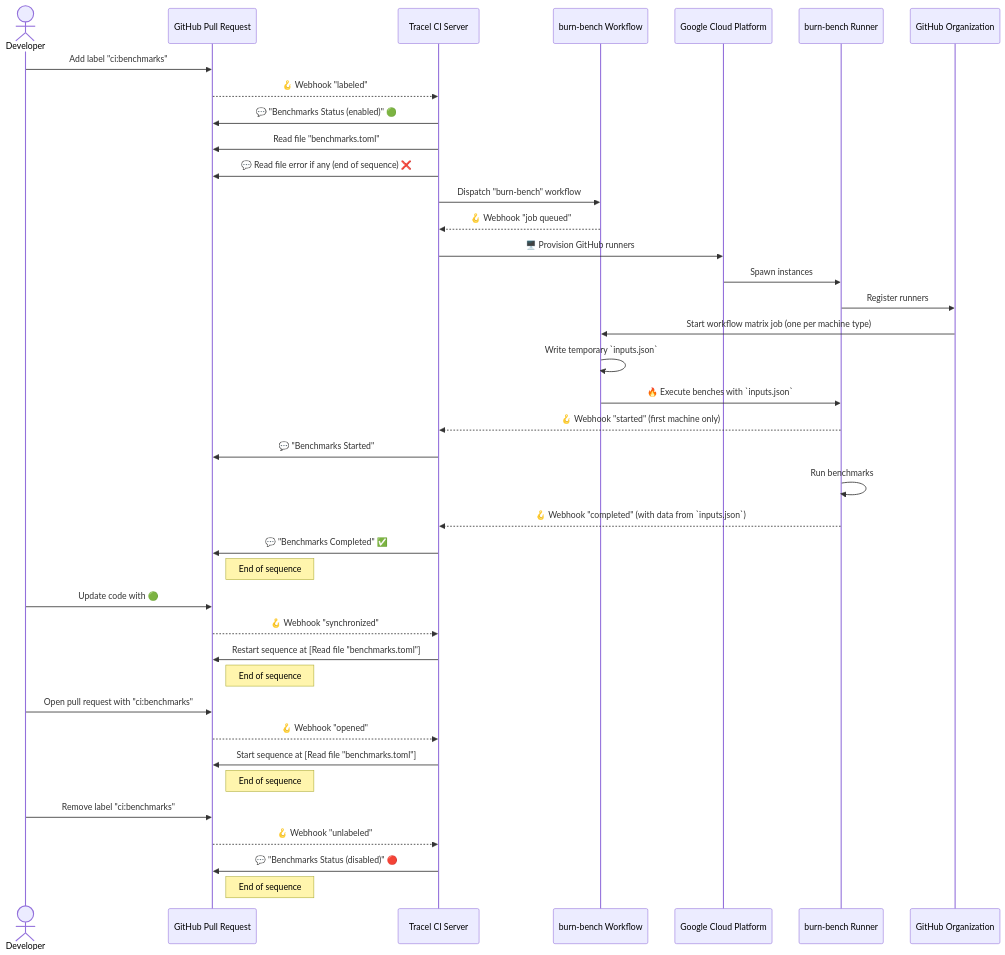
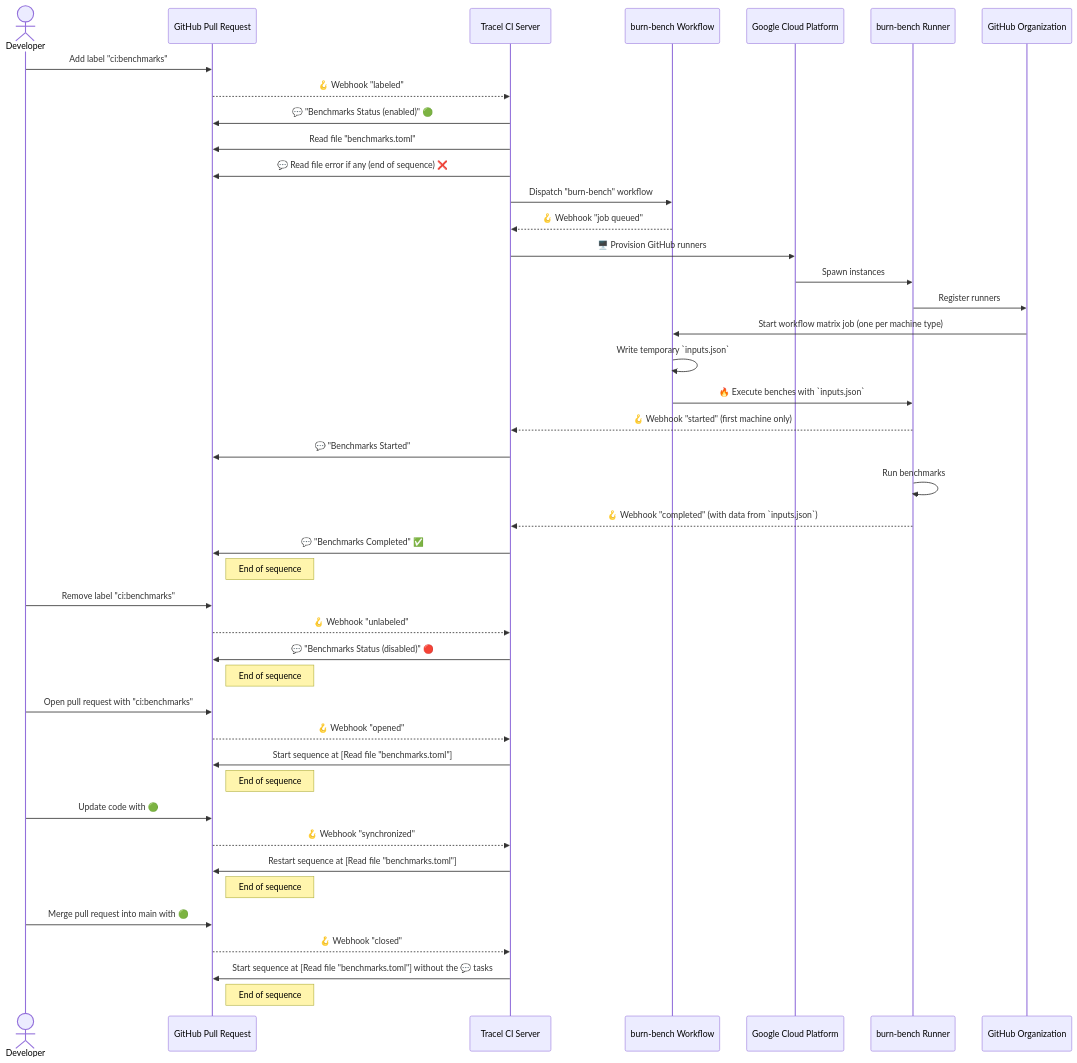
The diagram in README.md (tracel-ai/burn-bench), drawn with Mermaid before and after one commit.

Commit message:
Update sequence diagram with merge into main use case

````diff
--- a/README.md
+++ b/README.md
@@ -106,45 +106,50 @@
 ```mermaid
 sequenceDiagram
     actor Developer
     participant PR as GitHub Pull Request
     participant CI as Tracel CI Server
     participant W as burn-bench Workflow
     participant GCP as Google Cloud Platform
     participant BB as burn-bench Runner
     participant ORG as GitHub Organization
 
     Developer->>PR: Add label "ci:benchmarks"
     PR-->>CI: 🪝 Webhook "labeled"
     CI->>PR: 💬 "Benchmarks Status (enabled)" 🟢
     CI->>PR: Read file "benchmarks.toml"
     CI->>PR: 💬 Read file error if any (end of sequence) ❌
     CI->>W: Dispatch "burn-bench" workflow
     W-->>CI: 🪝 Webhook "job queued"
     CI->>GCP: 🖥️ Provision GitHub runners
     GCP->>BB: Spawn instances
     BB->>ORG: Register runners
     ORG->>W: Start workflow matrix job (one per machine type)
     W->>W: Write temporary `inputs.json`
     W->>BB: 🔥 Execute benches with `inputs.json`
     BB-->>CI: 🪝 Webhook "started" (first machine only)
     CI->>PR: 💬 "Benchmarks Started"
     BB->>BB: Run benchmarks
     BB-->>CI: 🪝 Webhook "completed" (with data from `inputs.json`)
     CI->>PR: 💬 "Benchmarks Completed" ✅
     Note right of PR: End of sequence
 
-    Developer->>PR: Update code with 🟢
-    PR-->>CI: 🪝 Webhook "synchronized"
-    CI->>PR: Restart sequence at [Read file "benchmarks.toml"]
+    Developer->>PR: Remove label "ci:benchmarks"
+    PR-->>CI: 🪝 Webhook "unlabeled"
+    CI->>PR: 💬 "Benchmarks Status (disabled)" 🔴
     Note right of PR: End of sequence
 
     Developer->>PR: Open pull request with "ci:benchmarks"
     PR-->>CI: 🪝 Webhook "opened"
     CI->>PR: Start sequence at [Read file "benchmarks.toml"]
     Note right of PR: End of sequence
 
-    Developer->>PR: Remove label "ci:benchmarks"
-    PR-->>CI: 🪝 Webhook "unlabeled"
-    CI->>PR: 💬 "Benchmarks Status (disabled)" 🔴
+    Developer->>PR: Update code with 🟢
+    PR-->>CI: 🪝 Webhook "synchronized"
+    CI->>PR: Restart sequence at [Read file "benchmarks.toml"]
+    Note right of PR: End of sequence
+
+    Developer->>PR: Merge pull request into main with 🟢
+    PR-->>CI: 🪝 Webhook "closed"
+    CI->>PR: Start sequence at [Read file "benchmarks.toml"] without the 💬 tasks
     Note right of PR: End of sequence
 ```
````
